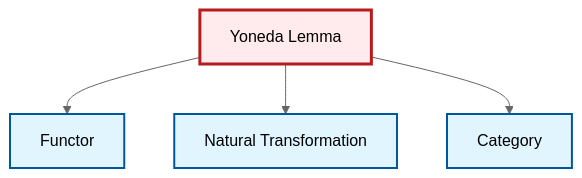
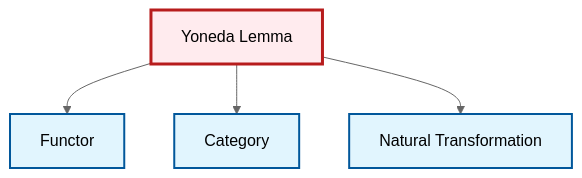
Before and after one commit to RK0429/ModernMath: the diagram in output/mermaid/en/thm-yoneda.mermaid, drawn with Mermaid (neutral theme). The commit also changed other lines of this file and 1745 other files, not shown here.

```diff
--- a/output/mermaid/en/thm-yoneda.mermaid
+++ b/output/mermaid/en/thm-yoneda.mermaid
@@ -1,14 +1,14 @@
 graph TD
     classDef definition fill:#e1f5fe,stroke:#01579b,stroke-width:2px
     classDef theorem fill:#f3e5f5,stroke:#4a148c,stroke-width:2px
     classDef axiom fill:#fff3e0,stroke:#e65100,stroke-width:2px
     classDef example fill:#e8f5e9,stroke:#1b5e20,stroke-width:2px
     classDef current fill:#ffebee,stroke:#b71c1c,stroke-width:3px
-    def-functor["Functor"]:::definition
+    def-natural-transformation["Natural Transformation"]:::definition
     def-category["Category"]:::definition
     thm-yoneda["Yoneda Lemma"]:::theorem
-    def-natural-transformation["Natural Transformation"]:::definition
+    def-functor["Functor"]:::definition
     thm-yoneda --> def-functor
+    thm-yoneda --> def-category
     thm-yoneda --> def-natural-transformation
-    thm-yoneda --> def-category
     class thm-yoneda current
```
